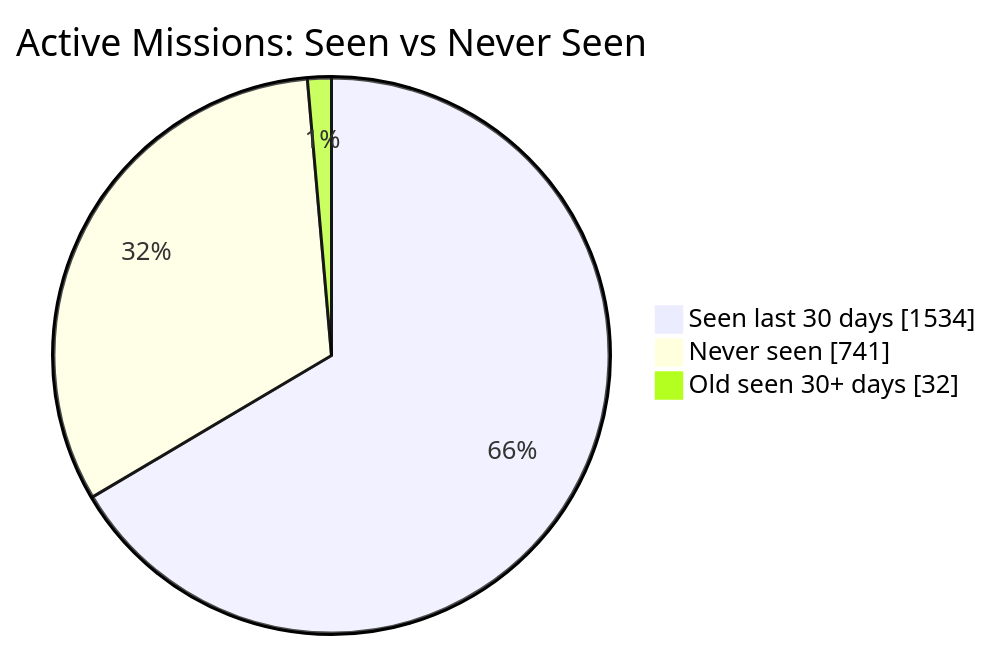
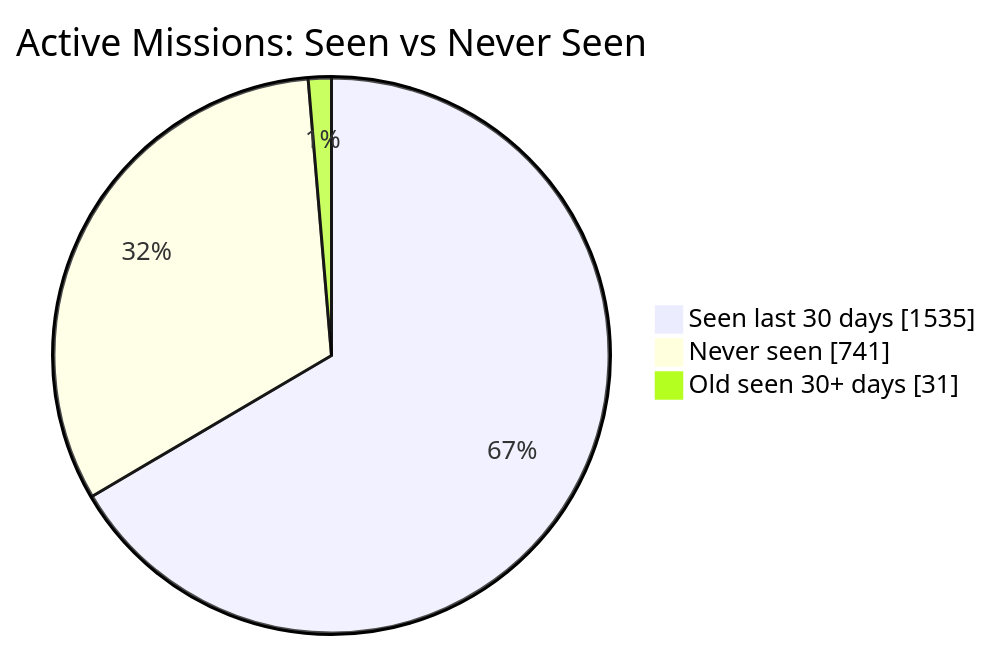
Before and after one commit to MeldkamerspelGameTeam/active-missions: the first of 2 diagrams in README.md, drawn with Mermaid. The commit also changed other lines of this file and 3 other files, not shown here.

````diff
--- a/README.md
+++ b/README.md
@@ -34,7 +34,7 @@
 ```mermaid
 pie showData
     title Active Missions: Seen vs Never Seen
-    "Seen last 30 days" : 1534
+    "Seen last 30 days" : 1535
     "Never seen" : 741
-    "Old seen 30+ days" : 32
+    "Old seen 30+ days" : 31
 ```
````
